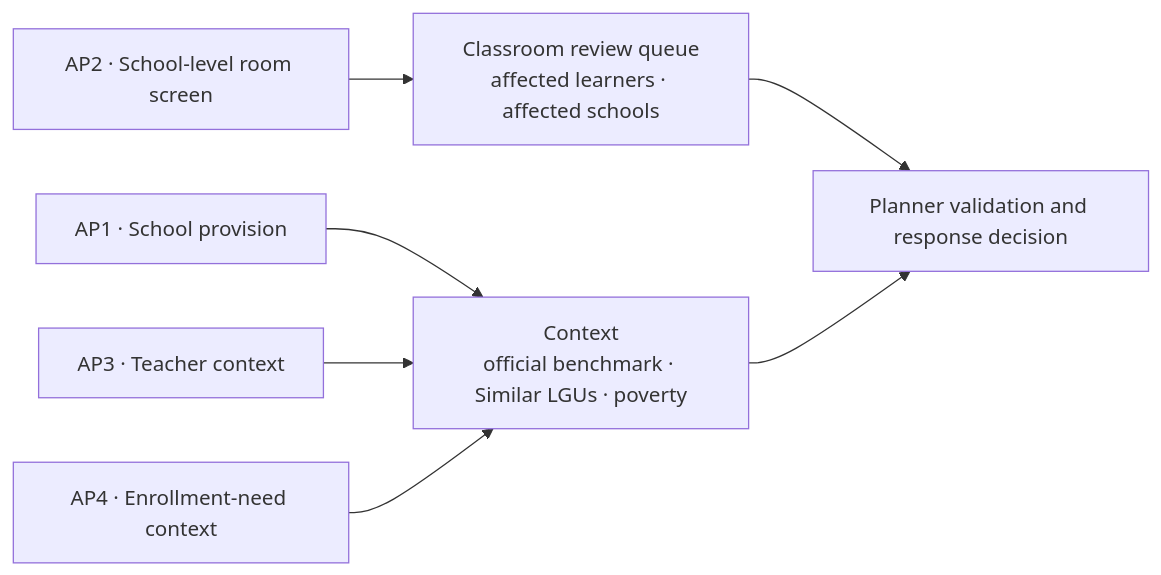
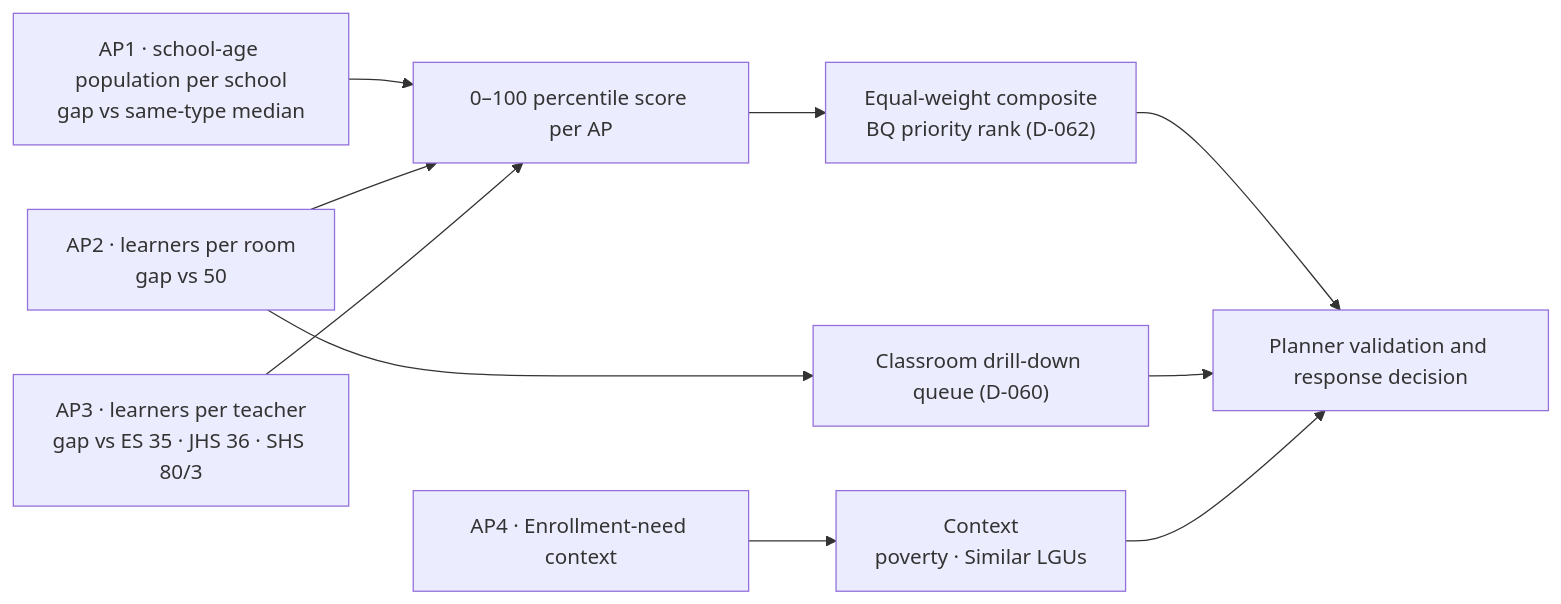
One commit to reached-hq/edu-access-intelligence changed the diagram in docs/business/business-analytics-problem.md. Above: the diagram before and after it, drawn with Mermaid. The commit also changed other lines of this file and 12 other files, not shown here.

First line of the commit message:
Answer the BQ with an equal-weight composite of AP1 to AP3 gaps (D-062)

````diff
--- a/docs/business/business-analytics-problem.md
+++ b/docs/business/business-analytics-problem.md
@@ -43,9 +43,12 @@
 ```mermaid
 flowchart LR
-    AP1["AP1 · School provision"] --> X["Separate planning context"]
-    AP2["AP2 · School-level room screen"] --> P["Classroom review queue<br/>affected learners · affected schools"]
-    AP3["AP3 · Teacher context"] --> X
-    AP4["AP4 · Enrollment-need context"] --> X["Context<br/>official benchmark · Similar LGUs · poverty"]
-    P --> R["Planner validation and response decision"]
+    AP1["AP1 · school-age population per school<br/>gap vs same-type median"] --> S["0–100 percentile score per AP"]
+    AP2["AP2 · learners per room<br/>gap vs 50"] --> S
+    AP3["AP3 · learners per teacher<br/>gap vs ES 35 · JHS 36 · SHS 80/3"] --> S
+    S --> C["Equal-weight composite<br/>BQ priority rank (D-062)"]
+    AP2 --> Q["Classroom drill-down queue (D-060)"]
+    AP4["AP4 · Enrollment-need context"] --> X["Context<br/>poverty · Similar LGUs"]
+    C --> R["Planner validation and response decision"]
+    Q --> R
     X --> R
 ```
````
